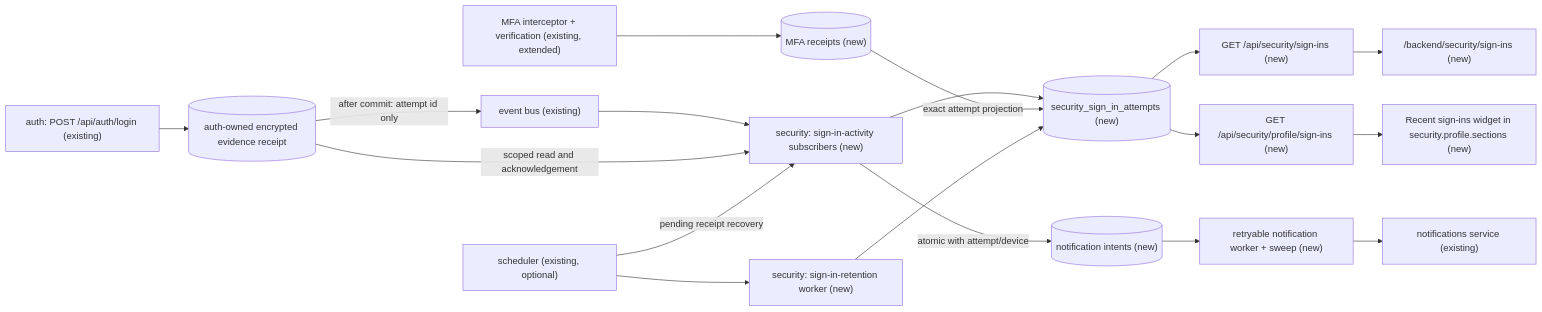
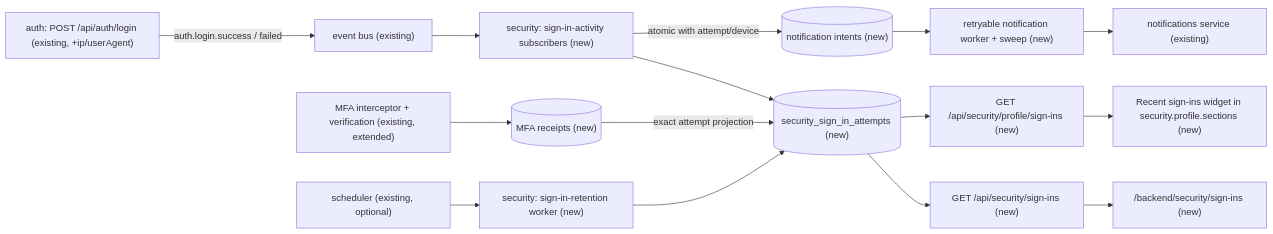
The first of 2 diagrams in .ai/specs/enterprise/2026-11-13-sign-in-activity.md (open-mercato/open-mercato), drawn with Mermaid before and after one commit. The commit also changed other lines of this file and 52 other files, not shown here.

````diff
--- a/.ai/specs/enterprise/2026-11-13-sign-in-activity.md
+++ b/.ai/specs/enterprise/2026-11-13-sign-in-activity.md
@@ -64,20 +64,17 @@
 ```mermaid
 flowchart LR
-    login["auth: POST /api/auth/login (existing)"] --> source[("auth-owned encrypted evidence receipt")]
-    source -->|after commit: attempt id only| bus["event bus (existing)"]
+    login["auth: POST /api/auth/login (existing, +ip/userAgent)"] -->|auth.login.success / failed| bus["event bus (existing)"]
     bus --> sub["security: sign-in-activity subscribers (new)"]
-    source -->|scoped read and acknowledgement| sub
-    sched -->|pending receipt recovery| sub
     sub --> tbl[("security_sign_in_attempts (new)")]
     sub -->|atomic with attempt/device| intent[("notification intents (new)")]
     intent --> delivery["retryable notification worker + sweep (new)"]
     delivery --> notif["notifications service (existing)"]
     mfa["MFA interceptor + verification (existing, extended)"] --> receipt[("MFA receipts (new)")]
     receipt -->|exact attempt projection| tbl
     sched["scheduler (existing, optional)"] --> worker["security: sign-in-retention worker (new)"]
     worker --> tbl
     tbl --> adminApi["GET /api/security/sign-ins (new)"]
     tbl --> ownApi["GET /api/security/profile/sign-ins (new)"]
     adminApi --> adminPage["/backend/security/sign-ins (new)"]
     ownApi --> widget["Recent sign-ins widget in security.profile.sections (new)"]
 ```
````
